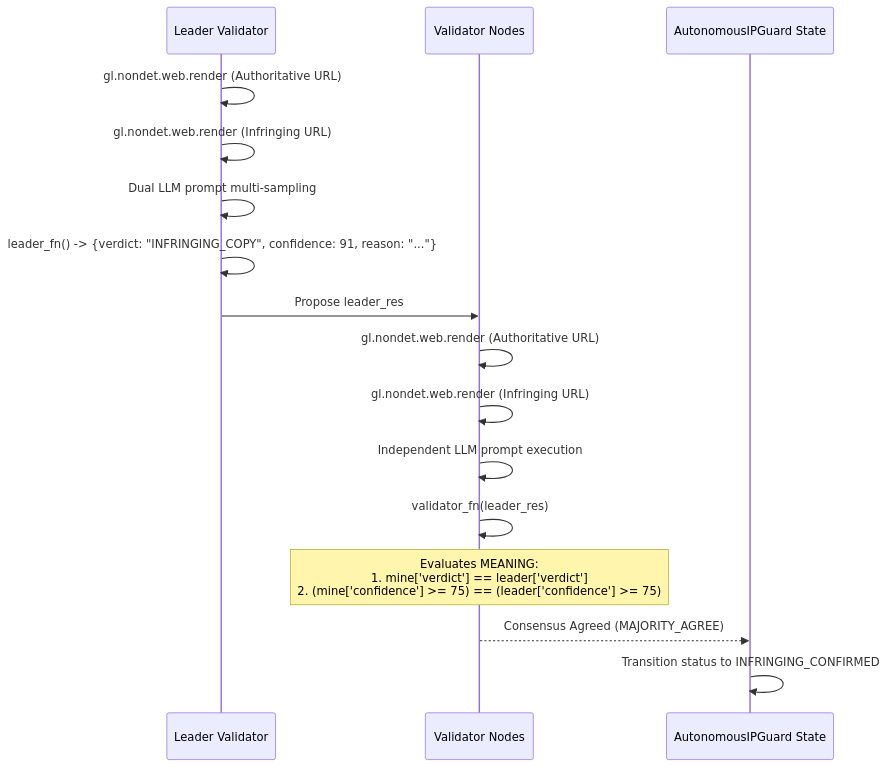
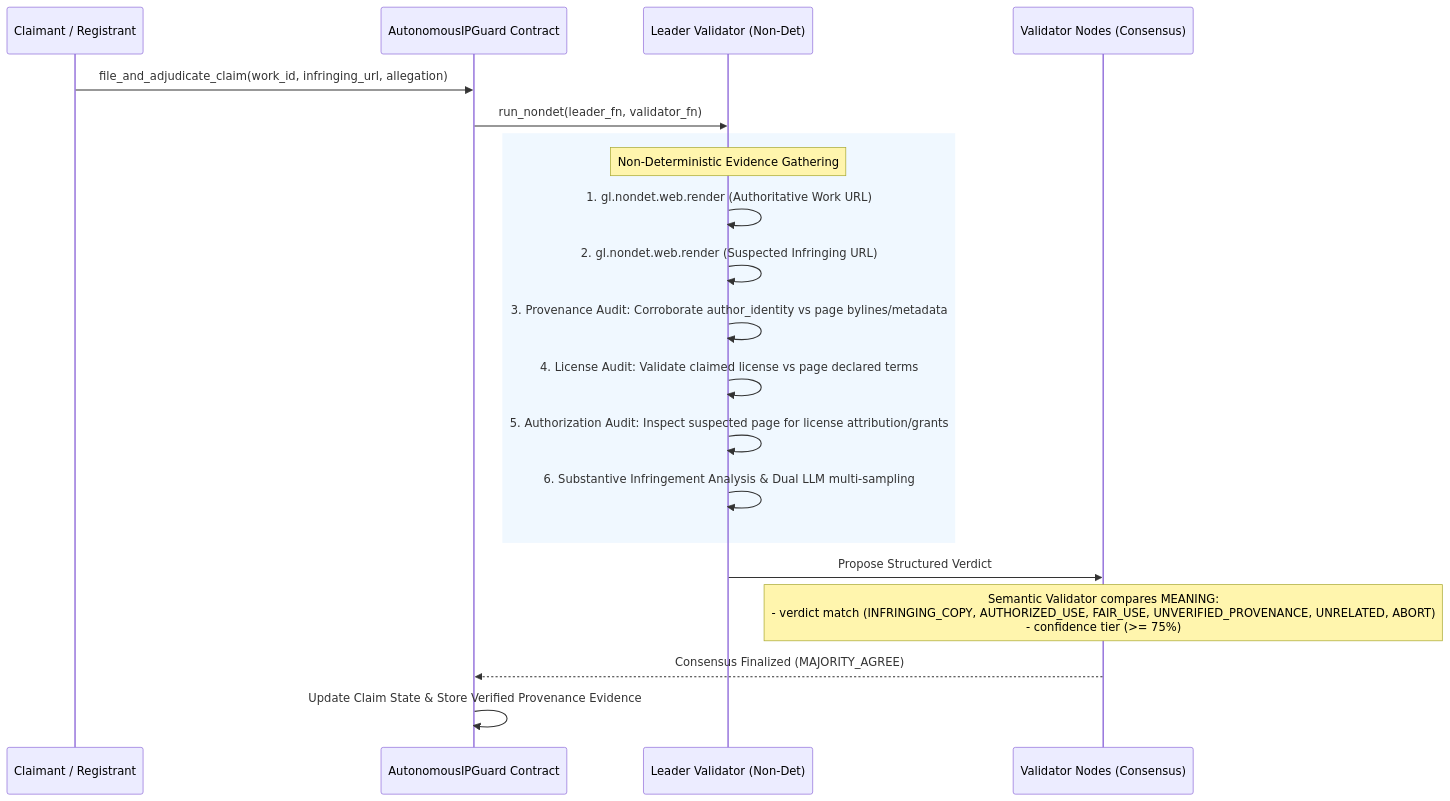
Before and after one commit to tuannguyen1995/autonomous-ip-guard: the diagram in README.md, drawn with Mermaid. The commit also changed other lines of this file, not shown here.

Commit message:
docs: update specification with 3-part provenance architecture and studionet deploy evidence

````diff
--- a/README.md
+++ b/README.md
@@ -97,20 +29,25 @@
 ```mermaid
 sequenceDiagram
-    participant Leader as Leader Validator
-    participant Validator as Validator Nodes
-    participant Contract as AutonomousIPGuard State
+    participant Claimant as Claimant / Registrant
+    participant Contract as AutonomousIPGuard Contract
+    participant Leader as Leader Validator (Non-Det)
+    participant Validator as Validator Nodes (Consensus)
 
-    Leader->>Leader: gl.nondet.web.render (Authoritative URL)
-    Leader->>Leader: gl.nondet.web.render (Infringing URL)
-    Leader->>Leader: Dual LLM prompt multi-sampling
-    Leader->>Leader: leader_fn() -> {verdict: "INFRINGING_COPY", confidence: 91, reason: "..."}
-    Leader->>Validator: Propose leader_res
+    Claimant->>Contract: file_and_adjudicate_claim(work_id, infringing_url, allegation)
+    Contract->>Leader: run_nondet(leader_fn, validator_fn)
+    
+    rect rgb(240, 248, 255)
+    Note over Leader: Non-Deterministic Evidence Gathering
+    Leader->>Leader: 1. gl.nondet.web.render (Authoritative Work URL)
+    Leader->>Leader: 2. gl.nondet.web.render (Suspected Infringing URL)
+    Leader->>Leader: 3. Provenance Audit: Corroborate author_identity vs page bylines/metadata
+    Leader->>Leader: 4. License Audit: Validate claimed license vs page declared terms
+    Leader->>Leader: 5. Authorization Audit: Inspect suspected page for license attribution/grants
+    Leader->>Leader: 6. Substantive Infringement Analysis & Dual LLM multi-sampling
+    end
 
-    Validator->>Validator: gl.nondet.web.render (Authoritative URL)
-    Validator->>Validator: gl.nondet.web.render (Infringing URL)
-    Validator->>Validator: Independent LLM prompt execution
-    Validator->>Validator: validator_fn(leader_res)
-    Note over Validator: Evaluates MEANING:<br/>1. mine['verdict'] == leader['verdict']<br/>2. (mine['confidence'] >= 75) == (leader['confidence'] >= 75)
-    Validator-->>Contract: Consensus Agreed (MAJORITY_AGREE)
-    Contract->>Contract: Transition status to INFRINGING_CONFIRMED
+    Leader->>Validator: Propose Structured Verdict
+    Note over Validator: Semantic Validator compares MEANING:<br/>- verdict match (INFRINGING_COPY, AUTHORIZED_USE, FAIR_USE, UNVERIFIED_PROVENANCE, UNRELATED, ABORT)<br/>- confidence tier (>= 75%)
+    Validator-->>Contract: Consensus Finalized (MAJORITY_AGREE)
+    Contract->>Contract: Update Claim State & Store Verified Provenance Evidence
 ```
````
